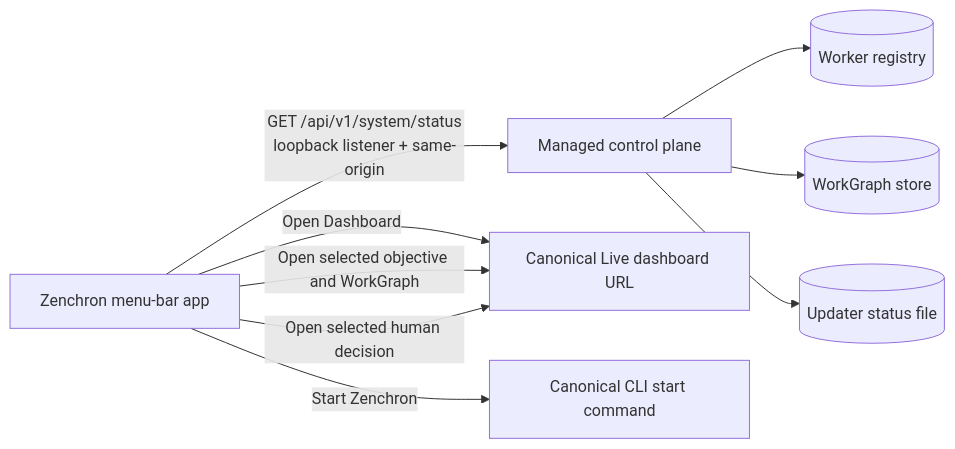
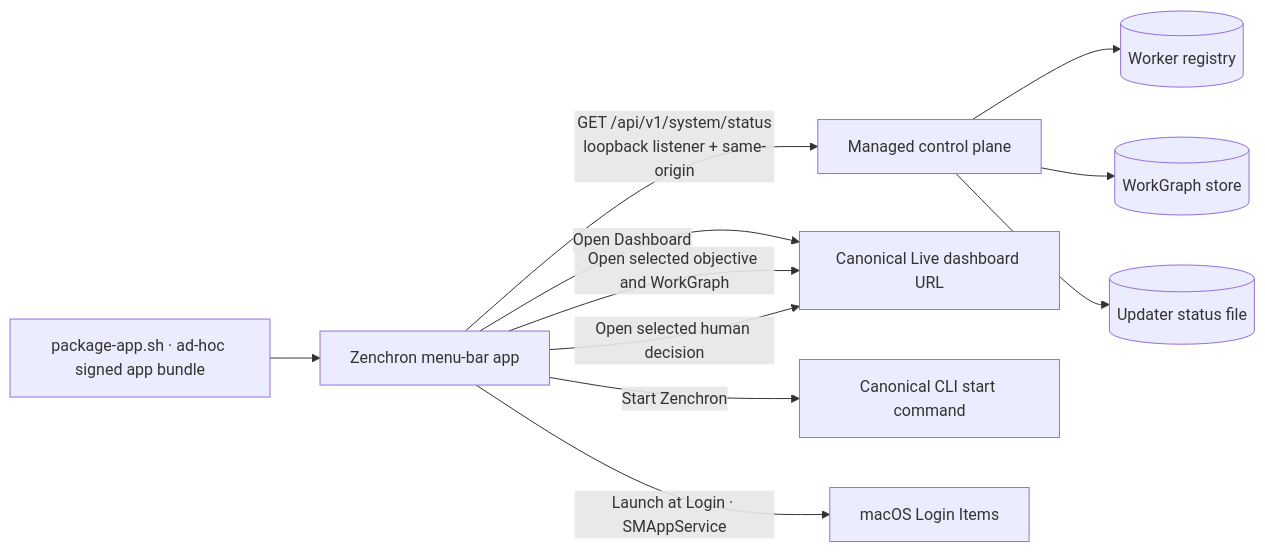
Before and after one commit to bogdaniel/zenchron-engineering-os: the diagram in docs/features/macos-menu-bar-companion.md, drawn with Mermaid. The commit also changed other lines of this file and 2 other files, not shown here.

Commit message:
feat(macos): package menu bar app and login toggle

````diff
--- a/docs/features/macos-menu-bar-companion.md
+++ b/docs/features/macos-menu-bar-companion.md
@@ -8,11 +8,13 @@
 ```mermaid
 flowchart LR
   Companion[Zenchron menu-bar app] -->|GET /api/v1/system/status<br/>loopback listener + same-origin| API[Managed control plane]
   API --> Workers[(Worker registry)]
   API --> Graphs[(WorkGraph store)]
   API --> Update[(Updater status file)]
   Companion -->|Open Dashboard| Browser[Canonical Live dashboard URL]
   Companion -->|Open selected objective and WorkGraph| Browser
   Companion -->|Open selected human decision| Browser
   Companion -->|Start Zenchron| CLI[Canonical CLI start command]
+  Bundle[package-app.sh · ad-hoc signed app bundle] --> Companion
+  Companion -->|Launch at Login · SMAppService| Settings[macOS Login Items]
 ```
````
